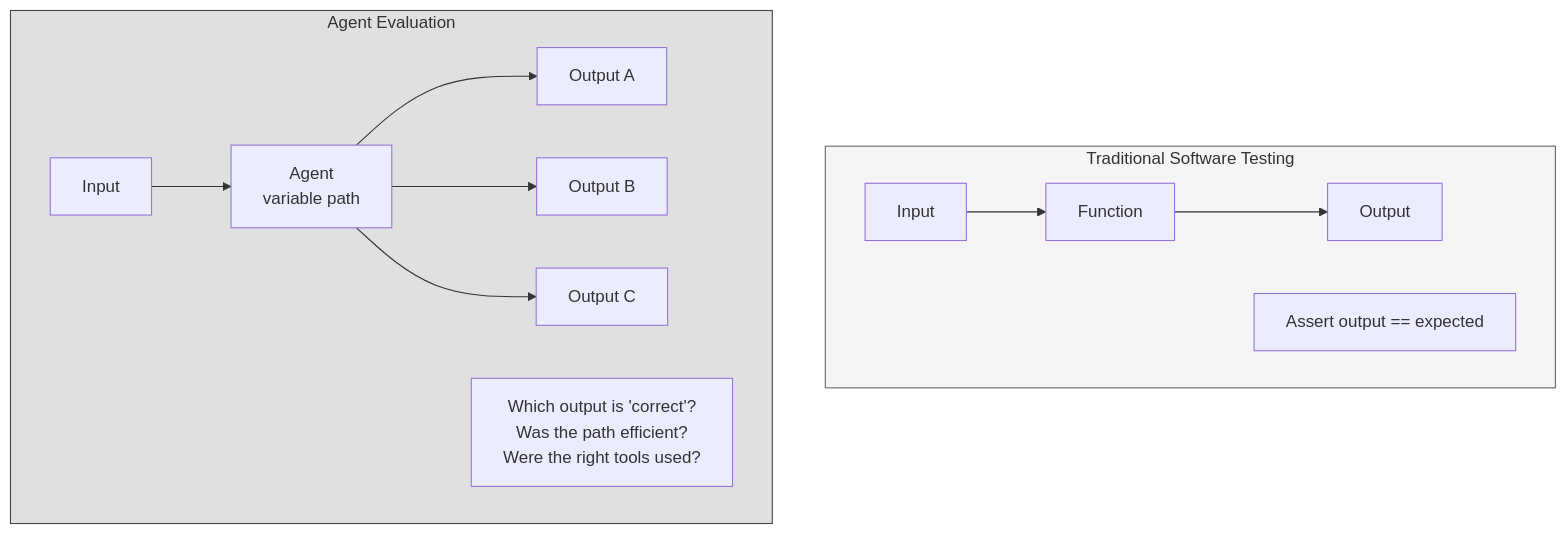
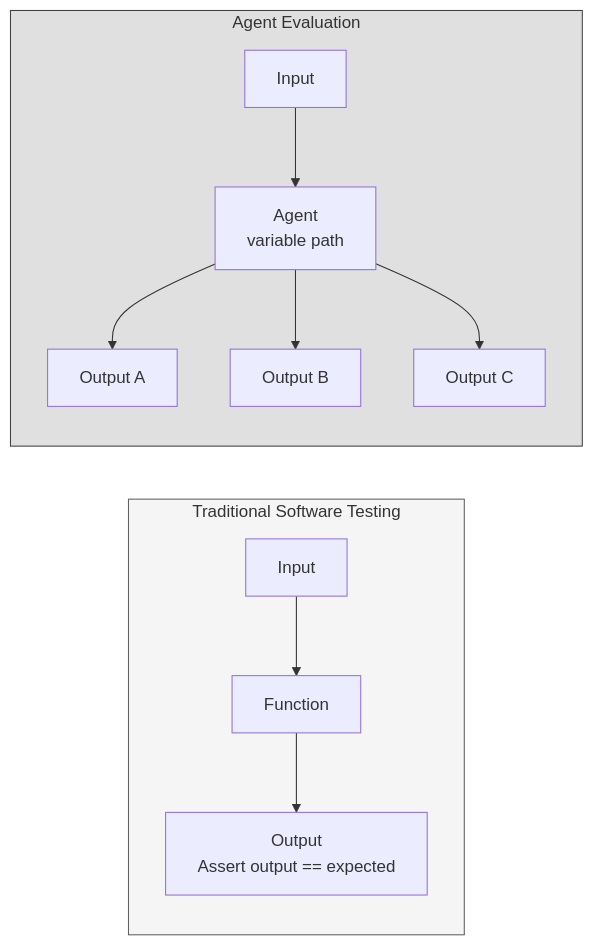
Before and after one commit to Shekharrajak/agent-design-patterns: the fourth of 13 diagrams in docs/posts/09-deep-challenges.md, drawn with Mermaid. The commit also changed other lines of this file and 7 other files, not shown here.

Commit message:
fix: resolve Mermaid rendering issues across all chapters

````diff
--- a/docs/posts/09-deep-challenges.md
+++ b/docs/posts/09-deep-challenges.md
@@ -92,20 +90,16 @@
 ```mermaid
-graph TD
+graph LR
     subgraph TRAD["Traditional Software Testing"]
-        direction LR
-        TI["Input"] --> TF["Function"] --> TO["Output"]
-        TC["Assert output == expected"]
+        TI["Input"] --> TF["Function"] --> TO["Output<br/>Assert output == expected"]
     end
 
     subgraph AGENT["Agent Evaluation"]
-        direction LR
         AI["Input"] --> AF["Agent<br/>variable path"]
         AF --> AO1["Output A"]
         AF --> AO2["Output B"]
         AF --> AO3["Output C"]
-        AC["Which output is 'correct'?<br/>Was the path efficient?<br/>Were the right tools used?"]
     end
 
     style TRAD fill:#f5f5f5,stroke:#616161
     style AGENT fill:#e0e0e0,stroke:#424242
 ```
````
